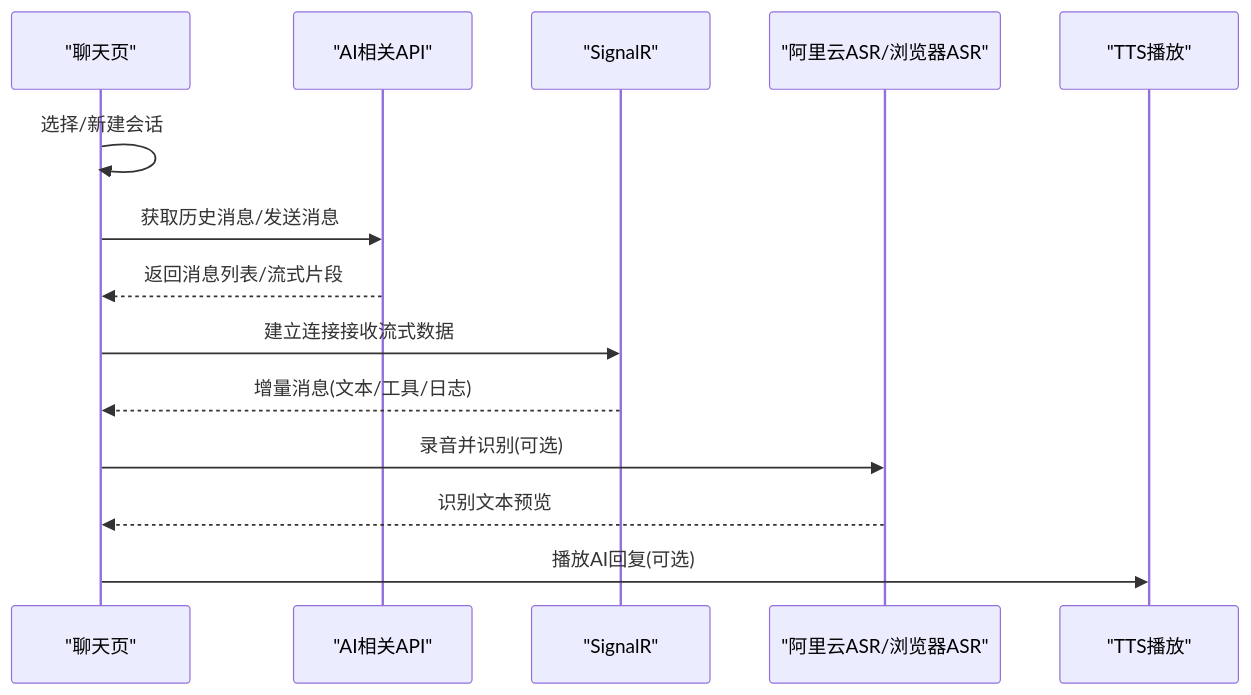
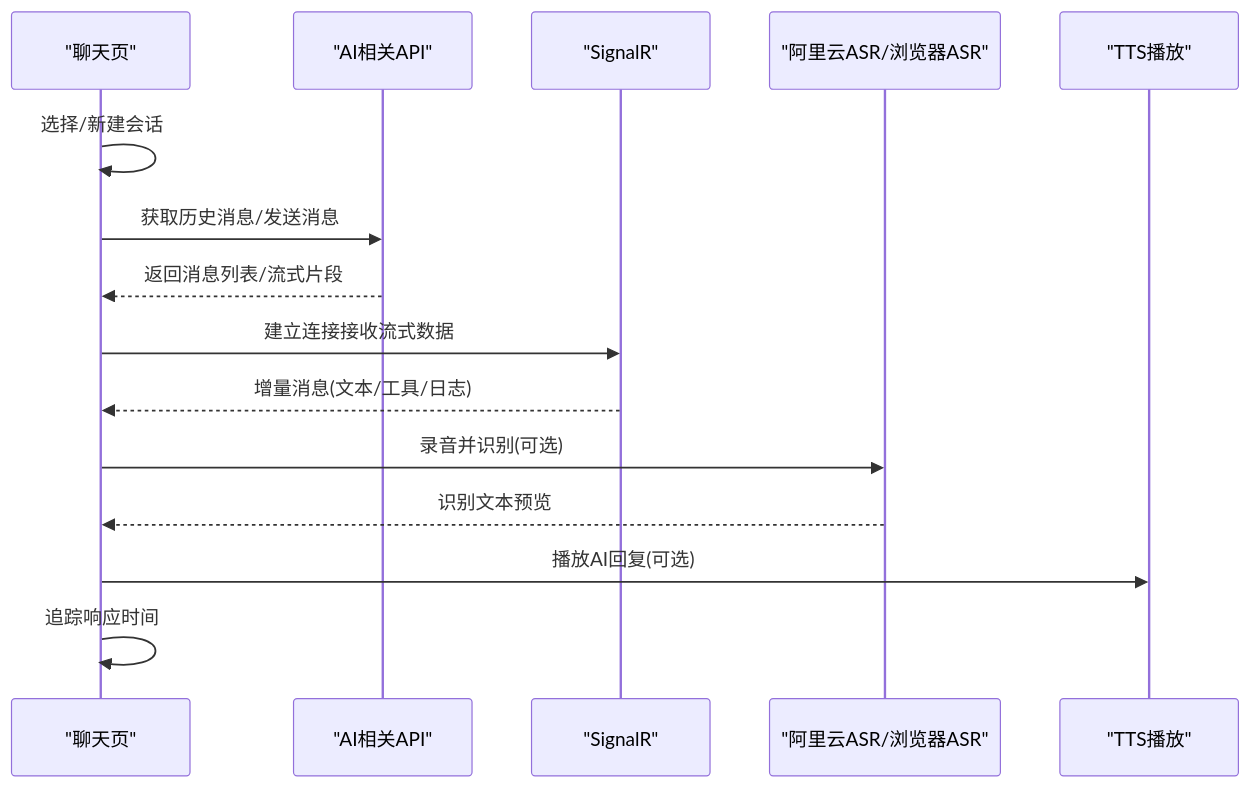
Before and after one commit to junkai-li/NetCoreKevin: the fifth of 8 diagrams in .qoder/repowiki/zh/content/前端架构/前端架构.md, drawn with Mermaid. The commit also changed other lines of this file and 45 other files, not shown here.

````diff
--- a/.qoder/repowiki/zh/content/前端架构/前端架构.md
+++ b/.qoder/repowiki/zh/content/前端架构/前端架构.md
@@ -236,16 +250,17 @@
 ```mermaid
 sequenceDiagram
 participant C as "聊天页"
 participant API as "AI相关API"
 participant SR as "SignalR"
 participant ASR as "阿里云ASR/浏览器ASR"
 participant TTS as "TTS播放"
 C->>C : 选择/新建会话
 C->>API : 获取历史消息/发送消息
 API-->>C : 返回消息列表/流式片段
 C->>SR : 建立连接接收流式数据
 SR-->>C : 增量消息(文本/工具/日志)
 C->>ASR : 录音并识别(可选)
 ASR-->>C : 识别文本预览
 C->>TTS : 播放AI回复(可选)
+C->>C : 追踪响应时间
 ```
````
